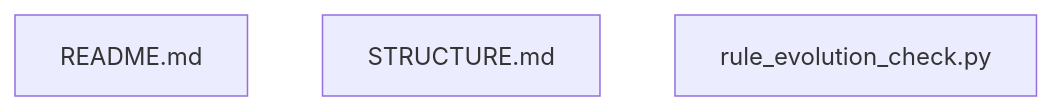
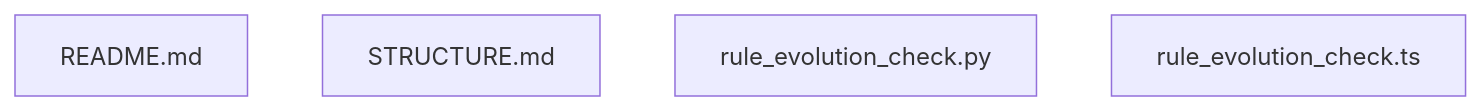
The diagram in lab/formal-system/concerns/meta-rules/evolution/STRUCTURE.md (andyluss/LiveRefu), drawn with Mermaid before and after one commit. The commit also changed other lines of this file and 31 other files, not shown here.

````diff
--- a/lab/formal-system/concerns/meta-rules/evolution/STRUCTURE.md
+++ b/lab/formal-system/concerns/meta-rules/evolution/STRUCTURE.md
@@ -26,6 +28,7 @@
 ```mermaid
 graph TD
     N0[README.md]
     N1[STRUCTURE.md]
     N2[rule_evolution_check.py]
+    N3[rule_evolution_check.ts]
 ```
````
